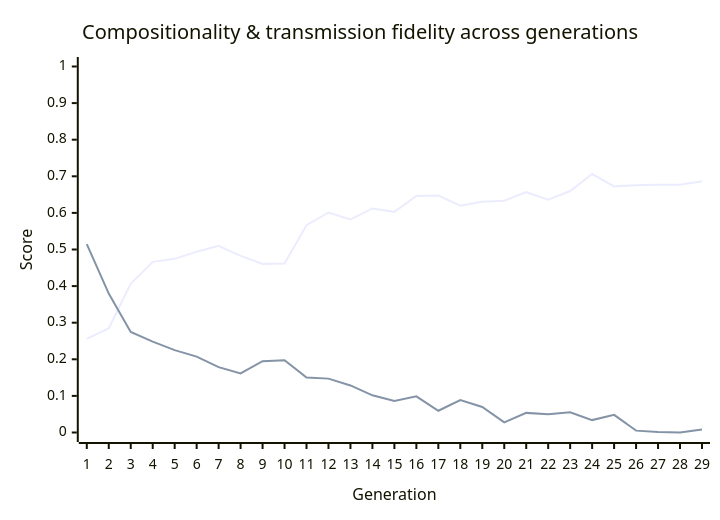
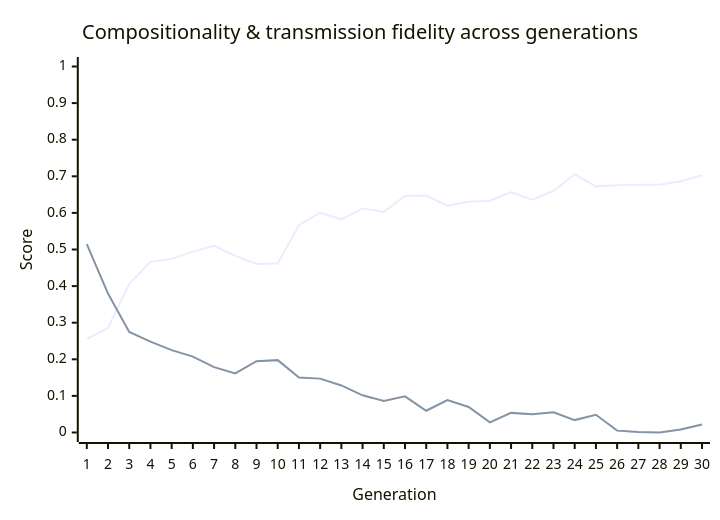
Before and after one commit to nichobbs/traditio: the diagram in metrics/latest-report.md, drawn with Mermaid. The commit also changed other lines of this file and 1 other file, not shown here.

````diff
--- a/metrics/latest-report.md
+++ b/metrics/latest-report.md
@@ -40,8 +40,8 @@
 ```mermaid
 xychart-beta
     title "Compositionality & transmission fidelity across generations"
-    x-axis "Generation" [1, 2, 3, 4, 5, 6, 7, 8, 9, 10, 11, 12, 13, 14, 15, 16, 17, 18, 19, 20, 21, 22, 23, 24, 25, 26, 27, 28, 29]
+    x-axis "Generation" [1, 2, 3, 4, 5, 6, 7, 8, 9, 10, 11, 12, 13, 14, 15, 16, 17, 18, 19, 20, 21, 22, 23, 24, 25, 26, 27, 28, 29, 30]
     y-axis "Score" 0 --> 1
-    line "Compositionality" [0.2559, 0.2849, 0.4060, 0.4663, 0.4745, 0.4941, 0.5099, 0.4826, 0.4603, 0.4619, 0.5665, 0.6011, 0.5822, 0.6121, 0.6029, 0.6464, 0.6473, 0.6195, 0.6304, 0.6332, 0.6566, 0.6361, 0.6598, 0.7061, 0.6725, 0.6757, 0.6767, 0.6767, 0.6863]
-    line "Transmission Fidelity" [0.5148, 0.3796, 0.2746, 0.2481, 0.2251, 0.2074, 0.1785, 0.1615, 0.1949, 0.1977, 0.1504, 0.1472, 0.1286, 0.1016, 0.0861, 0.0987, 0.0594, 0.0888, 0.0697, 0.0276, 0.0536, 0.0500, 0.0553, 0.0339, 0.0483, 0.0051, 0.0012, 0.0000, 0.0083]
+    line "Compositionality" [0.2559, 0.2849, 0.4060, 0.4663, 0.4745, 0.4941, 0.5099, 0.4826, 0.4603, 0.4619, 0.5665, 0.6011, 0.5822, 0.6121, 0.6029, 0.6464, 0.6473, 0.6195, 0.6304, 0.6332, 0.6566, 0.6361, 0.6598, 0.7061, 0.6725, 0.6757, 0.6767, 0.6767, 0.6863, 0.7028]
+    line "Transmission Fidelity" [0.5148, 0.3796, 0.2746, 0.2481, 0.2251, 0.2074, 0.1785, 0.1615, 0.1949, 0.1977, 0.1504, 0.1472, 0.1286, 0.1016, 0.0861, 0.0987, 0.0594, 0.0888, 0.0697, 0.0276, 0.0536, 0.0500, 0.0553, 0.0339, 0.0483, 0.0051, 0.0012, 0.0000, 0.0083, 0.0219]
 ```
````
